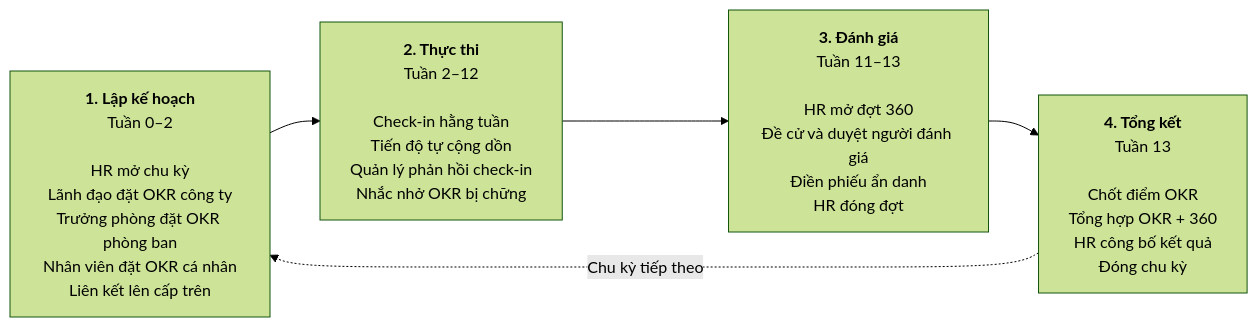
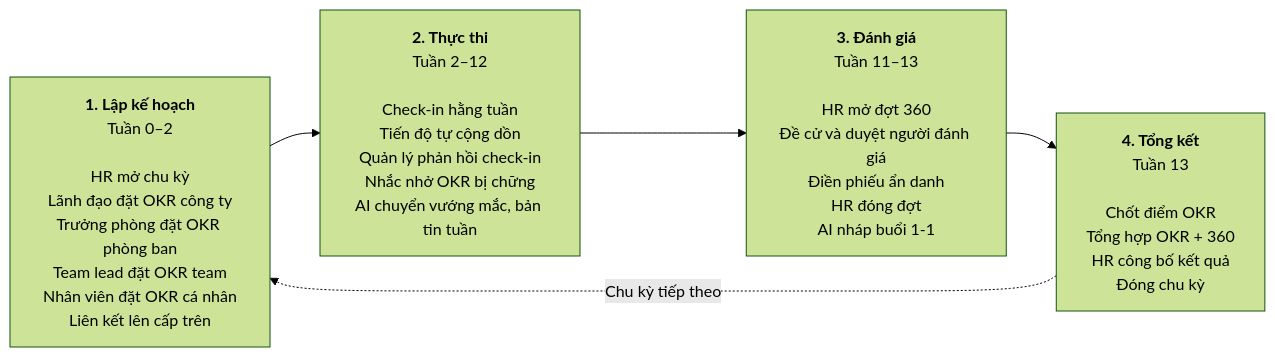
One commit to Akaza-ban/OCK-360 changed the diagram in docs/01-scope.md. Above: the diagram before and after it, drawn with Mermaid (forest theme). The commit also changed other lines of this file and 74 other files, not shown here.

First line of the commit message:
docs, db, frontend: add AI automation design, database schema and step ownership

````diff
--- a/docs/01-scope.md
+++ b/docs/01-scope.md
@@ -35,9 +37,9 @@
 ```mermaid
 flowchart LR
-    A["<b>1. Lập kế hoạch</b><br/>Tuần 0–2<br/><br/>HR mở chu kỳ<br/>Lãnh đạo đặt OKR công ty<br/>Trưởng phòng đặt OKR phòng ban<br/>Nhân viên đặt OKR cá nhân<br/>Liên kết lên cấp trên"]
-    B["<b>2. Thực thi</b><br/>Tuần 2–12<br/><br/>Check-in hằng tuần<br/>Tiến độ tự cộng dồn<br/>Quản lý phản hồi check-in<br/>Nhắc nhở OKR bị chững"]
-    C["<b>3. Đánh giá</b><br/>Tuần 11–13<br/><br/>HR mở đợt 360<br/>Đề cử và duyệt người đánh giá<br/>Điền phiếu ẩn danh<br/>HR đóng đợt"]
+    A["<b>1. Lập kế hoạch</b><br/>Tuần 0–2<br/><br/>HR mở chu kỳ<br/>Lãnh đạo đặt OKR công ty<br/>Trưởng phòng đặt OKR phòng ban<br/>Team lead đặt OKR team<br/>Nhân viên đặt OKR cá nhân<br/>Liên kết lên cấp trên"]
+    B["<b>2. Thực thi</b><br/>Tuần 2–12<br/><br/>Check-in hằng tuần<br/>Tiến độ tự cộng dồn<br/>Quản lý phản hồi check-in<br/>Nhắc nhở OKR bị chững<br/>AI chuyển vướng mắc, bản tin tuần"]
+    C["<b>3. Đánh giá</b><br/>Tuần 11–13<br/><br/>HR mở đợt 360<br/>Đề cử và duyệt người đánh giá<br/>Điền phiếu ẩn danh<br/>HR đóng đợt<br/>AI nháp buổi 1-1"]
     D["<b>4. Tổng kết</b><br/>Tuần 13<br/><br/>Chốt điểm OKR<br/>Tổng hợp OKR + 360<br/>HR công bố kết quả<br/>Đóng chu kỳ"]
     A --> B --> C --> D
     D -. "Chu kỳ tiếp theo" .-> A
 ```
````
